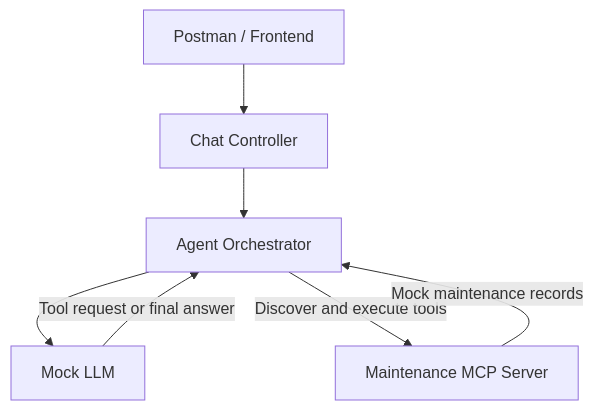
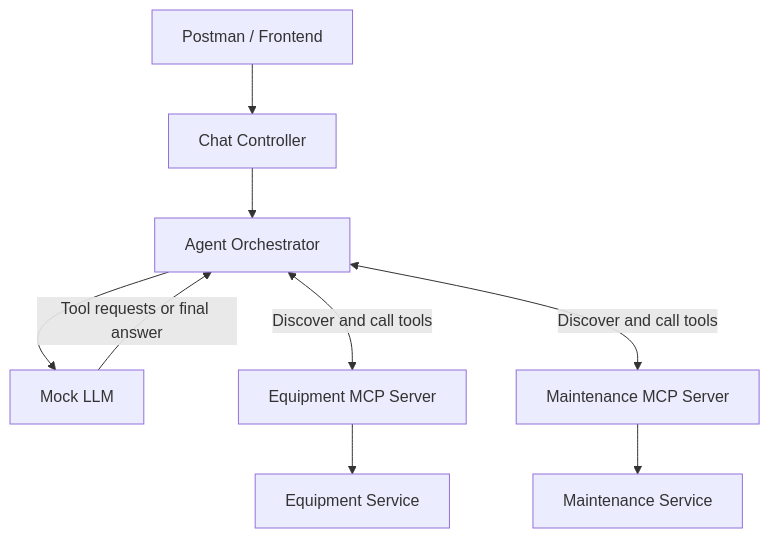
Before and after one commit to conkelley7/mcp-arch-practice-project: the diagram in README.md, drawn with Mermaid. The commit also changed other lines of this file, not shown here.

````diff
--- a/README.md
+++ b/README.md
@@ -9,9 +9,11 @@
 ```mermaid
 flowchart TD
     Client["Postman / Frontend"] --> Controller["Chat Controller"]
     Controller --> Agent["Agent Orchestrator"]
     Agent --> LLM["Mock LLM"]
-    LLM -->|"Tool request or final answer"| Agent
-    Agent -->|"Discover and execute tools"| MCP["Maintenance MCP Server"]
-    MCP -->|"Mock maintenance records"| Agent
+    LLM -->|"Tool requests or final answer"| Agent
+    Agent <-->|"Discover and call tools"| EquipmentMCP["Equipment MCP Server"]
+    Agent <-->|"Discover and call tools"| MaintenanceMCP["Maintenance MCP Server"]
+    EquipmentMCP --> EquipmentService["Equipment Service"]
+    MaintenanceMCP --> MaintenanceService["Maintenance Service"]
 ```
````
